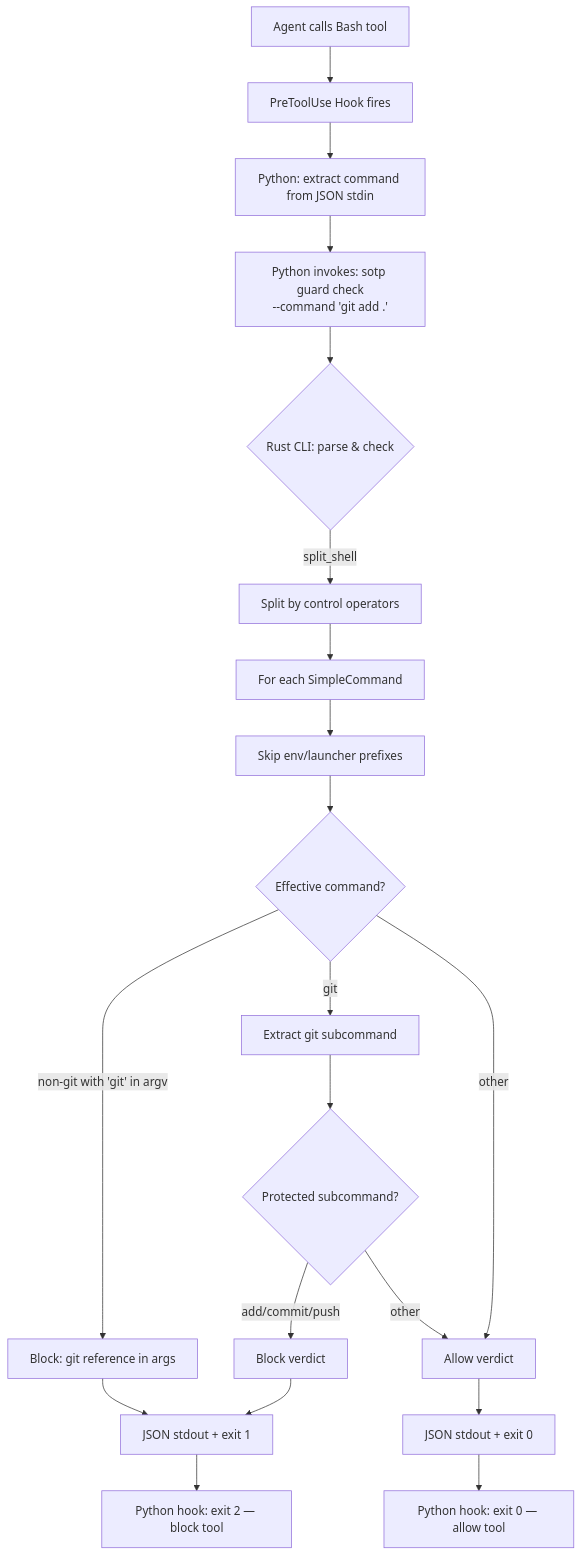
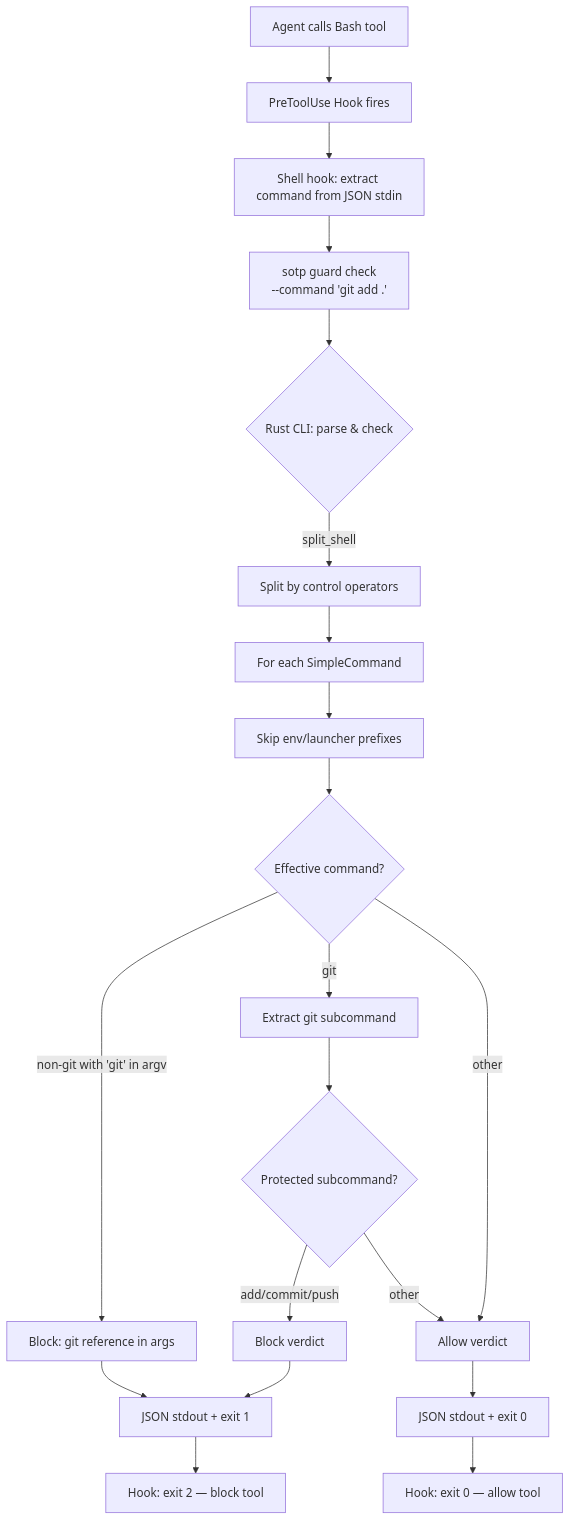
Before and after one commit to Flip451/SoTOHE-core: the third of 4 diagrams in .claude/docs/DESIGN.md, drawn with Mermaid. The commit also changed other lines of this file and 12 other files, not shown here.

Commit message:
Remove deprecated Python hook launchers (block-direct-git-ops, file-lock-acquire/release)

````diff
--- a/.claude/docs/DESIGN.md
+++ b/.claude/docs/DESIGN.md
@@ -661,22 +661,22 @@
 ```mermaid
 flowchart TD
     A[Agent calls Bash tool] --> B[PreToolUse Hook fires]
-    B --> C[Python: extract command from JSON stdin]
-    C --> D[Python invokes: sotp guard check\n--command 'git add .']
+    B --> C[Shell hook: extract command from JSON stdin]
+    C --> D[sotp guard check\n--command 'git add .']
     D --> E{Rust CLI: parse & check}
     E -->|split_shell| F[Split by control operators]
     F --> G[For each SimpleCommand]
     G --> H[Skip env/launcher prefixes]
     H --> I{Effective command?}
     I -->|git| J[Extract git subcommand]
     J --> K{Protected subcommand?}
     K -->|add/commit/push| L[Block verdict]
     K -->|other| M[Allow verdict]
     I -->|non-git with 'git' in argv| L2[Block: git reference in args]
     I -->|other| M
     L2 --> O
     L --> O[JSON stdout + exit 1]
     M --> P[JSON stdout + exit 0]
-    O --> Q[Python hook: exit 2 — block tool]
-    P --> R[Python hook: exit 0 — allow tool]
+    O --> Q[Hook: exit 2 — block tool]
+    P --> R[Hook: exit 0 — allow tool]
 ```
````
